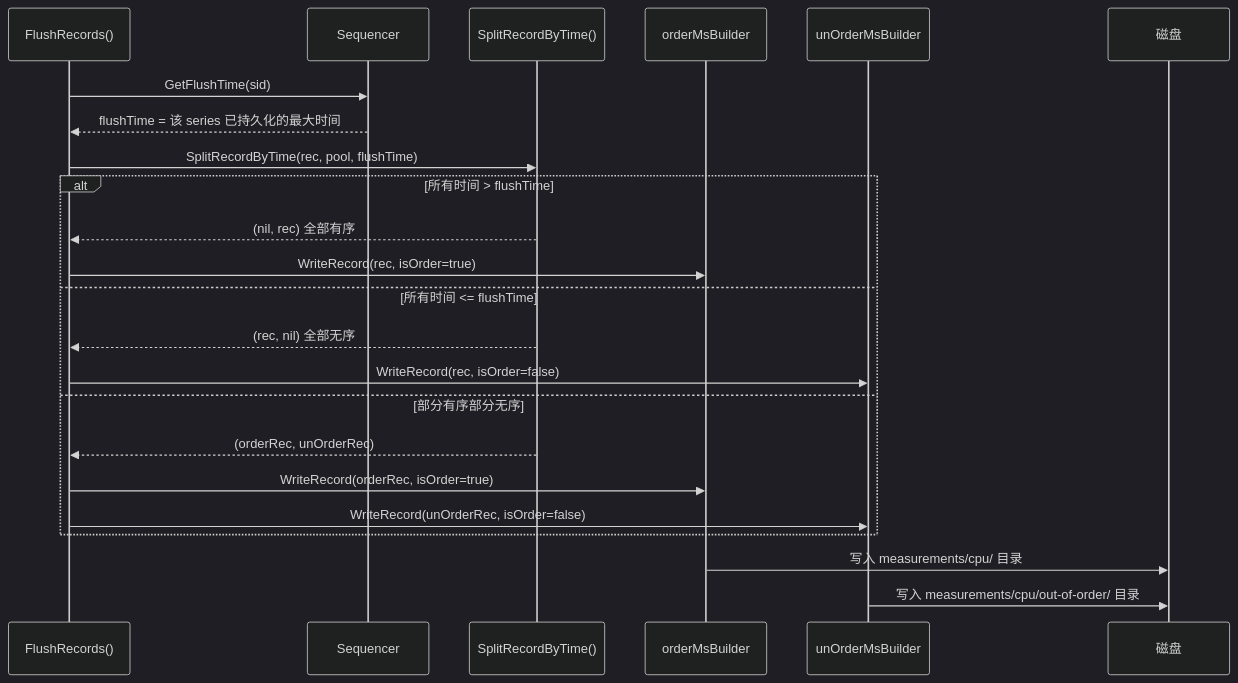
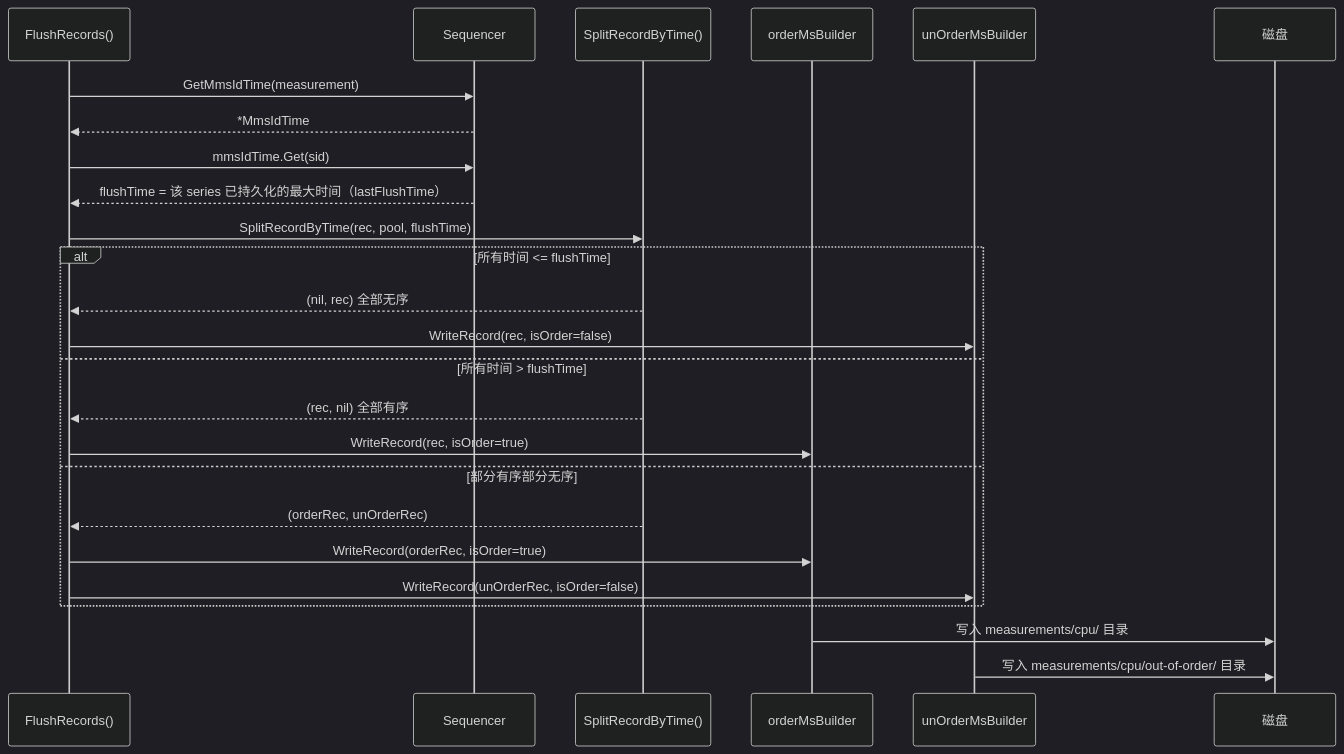
Diagram 29 of 33 in docs/specs/04_background_tasks_spec.md (stefanv5/openGemini), drawn with Mermaid (dark theme) before and after one commit. The commit also changed other lines of this file and 37 other files, not shown here.

````diff
--- a/docs/specs/04_background_tasks_spec.md
+++ b/docs/specs/04_background_tasks_spec.md
@@ -3198,29 +3352,31 @@
 ```mermaid
 sequenceDiagram
     participant Flush as FlushRecords()
     participant Seq as Sequencer
     participant Split as SplitRecordByTime()
     participant Order as orderMsBuilder
     participant Unorder as unOrderMsBuilder
     participant Disk as 磁盘
 
-    Flush->>Seq: GetFlushTime(sid)
-    Seq-->>Flush: flushTime = 该 series 已持久化的最大时间
+    Flush->>Seq: GetMmsIdTime(measurement)
+    Seq-->>Flush: *MmsIdTime
+    Flush->>Seq: mmsIdTime.Get(sid)
+    Seq-->>Flush: flushTime = 该 series 已持久化的最大时间（lastFlushTime）
 
     Flush->>Split: SplitRecordByTime(rec, pool, flushTime)
 
-    alt 所有时间 > flushTime
-        Split-->>Flush: (nil, rec) 全部有序
+    alt 所有时间 <= flushTime
+        Split-->>Flush: (nil, rec) 全部无序
+        Flush->>Unorder: WriteRecord(rec, isOrder=false)
+    else 所有时间 > flushTime
+        Split-->>Flush: (rec, nil) 全部有序
         Flush->>Order: WriteRecord(rec, isOrder=true)
-    else 所有时间 <= flushTime
-        Split-->>Flush: (rec, nil) 全部无序
-        Flush->>Unorder: WriteRecord(rec, isOrder=false)
     else 部分有序部分无序
         Split-->>Flush: (orderRec, unOrderRec)
         Flush->>Order: WriteRecord(orderRec, isOrder=true)
         Flush->>Unorder: WriteRecord(unOrderRec, isOrder=false)
     end
 
     Order->>Disk: 写入 measurements/cpu/ 目录
     Unorder->>Disk: 写入 measurements/cpu/out-of-order/ 目录
 ```
````
